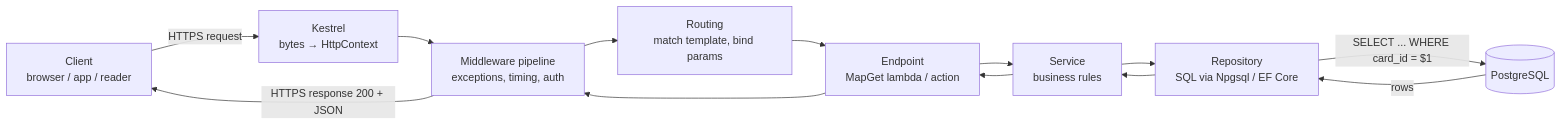
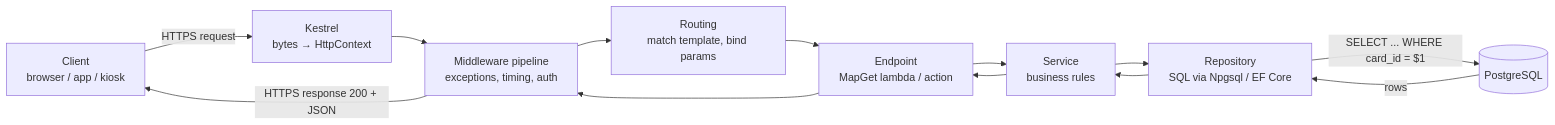
The first of 2 diagrams in content/lessons/m03/m03-request-lifecycle.md (rizwi0786/system-design-lab), drawn with Mermaid before and after one commit. The commit also changed other lines of this file and 334 other files, not shown here.

````diff
--- a/content/lessons/m03/m03-request-lifecycle.md
+++ b/content/lessons/m03/m03-request-lifecycle.md
@@ -193,13 +193,13 @@
 ```mermaid
 flowchart LR
-    C["Client<br/>browser / app / reader"] -->|"HTTPS request"| K["Kestrel<br/>bytes → HttpContext"]
+    C["Client<br/>browser / app / kiosk"] -->|"HTTPS request"| K["Kestrel<br/>bytes → HttpContext"]
     K --> M["Middleware pipeline<br/>exceptions, timing, auth"]
     M --> R["Routing<br/>match template, bind params"]
     R --> E["Endpoint<br/>MapGet lambda / action"]
     E --> S["Service<br/>business rules"]
     S --> P["Repository<br/>SQL via Npgsql / EF Core"]
     P -->|"SELECT ... WHERE card_id = $1"| DB[("PostgreSQL")]
     DB -->|"rows"| P
     P --> S --> E --> M
     M -->|"HTTPS response 200 + JSON"| C
 ```
````
